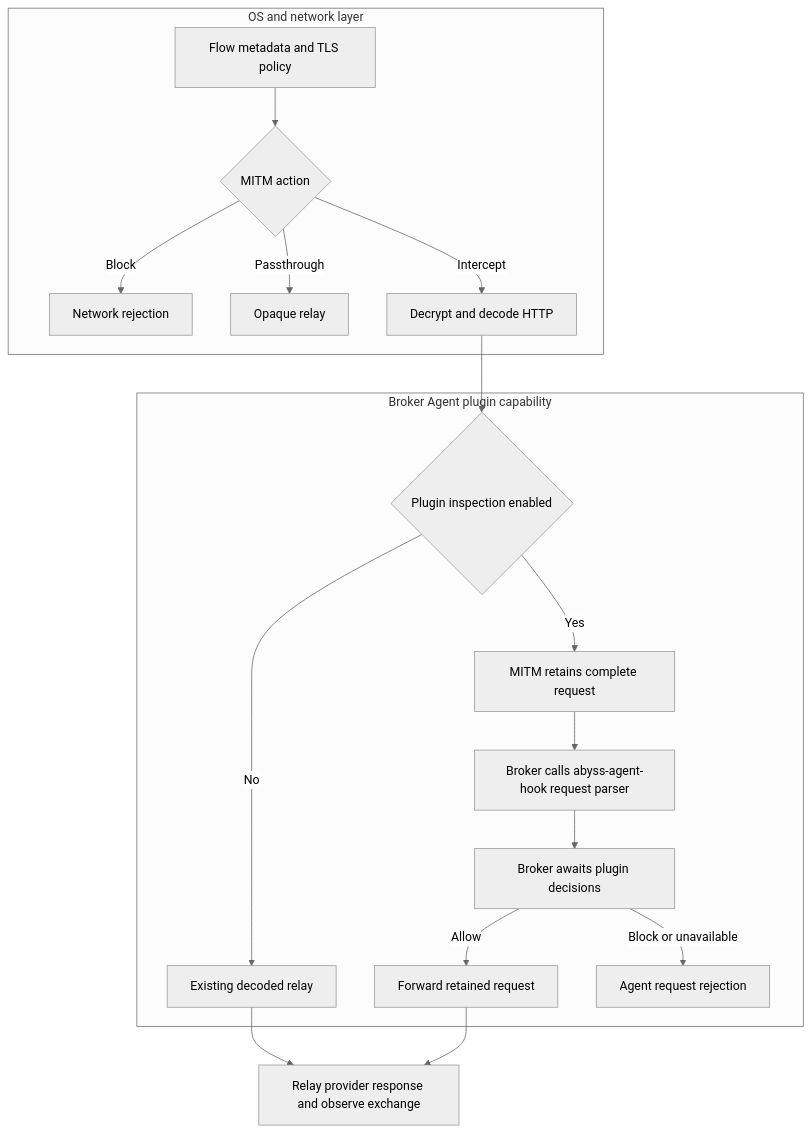
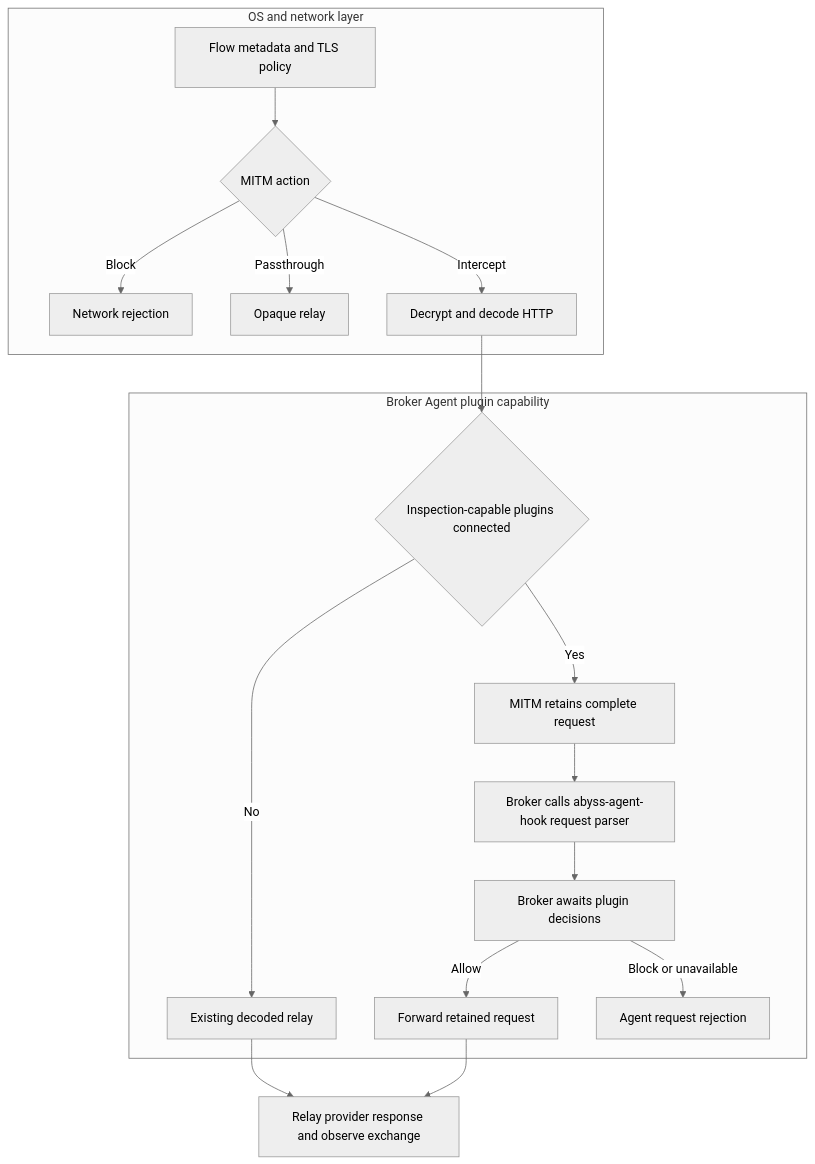
The second of 4 diagrams in docs/request-blocking-design.md (lexmount/abyss-rs), drawn with Mermaid (neutral theme) before and after one commit. The commit also changed other lines of this file, not shown here.

First line of the commit message:
docs: simplify plugin inspection lifecycle

````diff
--- a/docs/request-blocking-design.md
+++ b/docs/request-blocking-design.md
@@ -274,20 +271,20 @@
 ```mermaid
 flowchart TD
     subgraph N[OS and network layer]
         A[Flow metadata and TLS policy] --> B{MITM action}
         B -->|Block| X[Network rejection]
         B -->|Passthrough| P[Opaque relay]
         B -->|Intercept| C[Decrypt and decode HTTP]
     end
     subgraph R[Broker Agent plugin capability]
-        C --> D{Plugin inspection enabled}
+        C --> D{Inspection-capable plugins connected}
         D -->|No| E[Existing decoded relay]
         D -->|Yes| F[MITM retains complete request]
         F --> G[Broker calls abyss-agent-hook request parser]
         G --> H[Broker awaits plugin decisions]
         H -->|Allow| I[Forward retained request]
         H -->|Block or unavailable| Y[Agent request rejection]
     end
     I --> J[Relay provider response and observe exchange]
     E --> J
 ```
````
